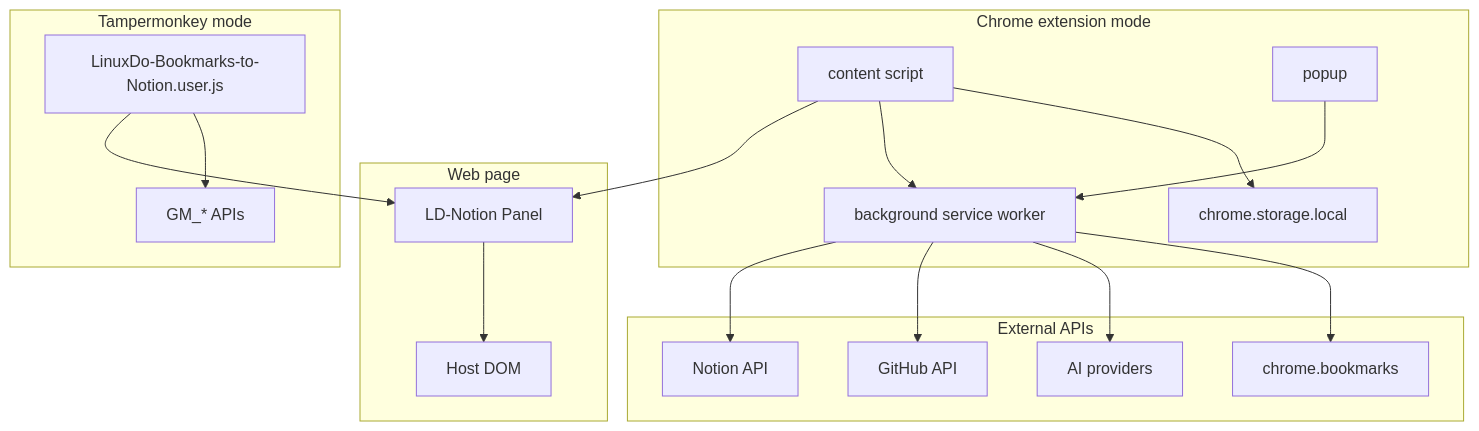
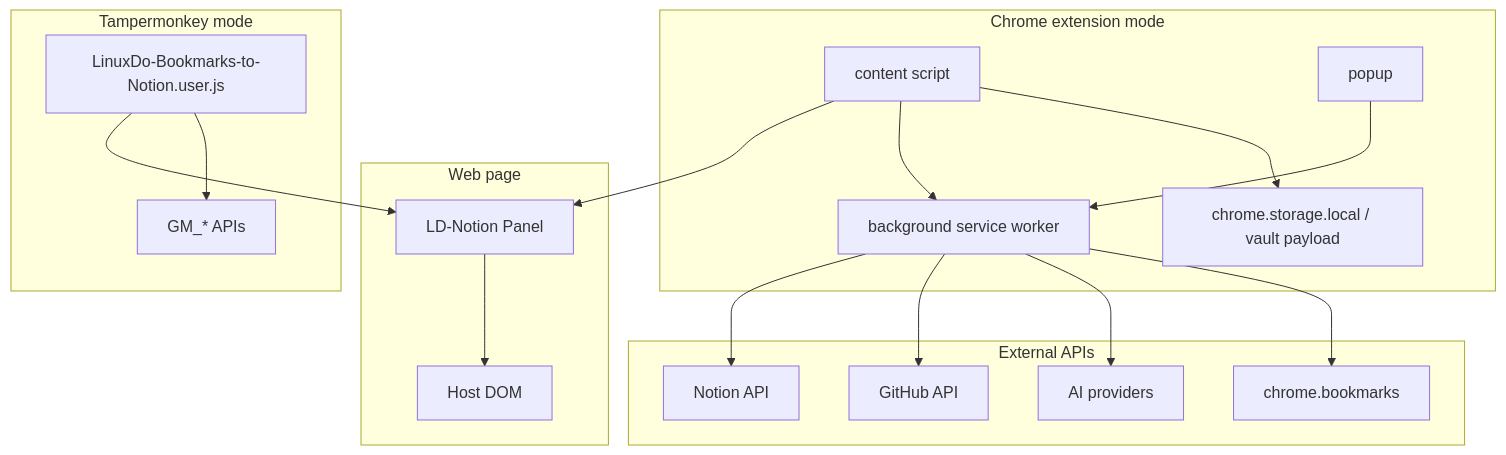
One commit to Smith-106/LD-Notion changed the first of 2 diagrams in docs/extension/architecture.md. Above: the diagram before and after it, drawn with Mermaid. The commit also changed other lines of this file and 12 other files, not shown here.

````diff
--- a/docs/extension/architecture.md
+++ b/docs/extension/architecture.md
@@ -7,38 +7,38 @@
 ```mermaid
 flowchart TB
   subgraph Page[Web page]
     DOM[Host DOM]
     Panel[LD-Notion Panel]
   end
 
   subgraph UserScript[Tampermonkey mode]
     GM[GM_* APIs]
     Script[LinuxDo-Bookmarks-to-Notion.user.js]
   end
 
   subgraph Extension[Chrome extension mode]
     Content[content script]
     Background[background service worker]
     Popup[popup]
-    Storage[chrome.storage.local]
+    Storage[chrome.storage.local / vault payload]
   end
 
   subgraph External[External APIs]
     Notion[Notion API]
     GitHub[GitHub API]
     AI[AI providers]
     Bookmarks[chrome.bookmarks]
   end
 
   Script --> Panel
   Content --> Panel
   Panel --> DOM
   Script --> GM
   Content --> Background
   Popup --> Background
   Background --> Notion
   Background --> GitHub
   Background --> AI
   Background --> Bookmarks
   Content --> Storage
 ```
````
